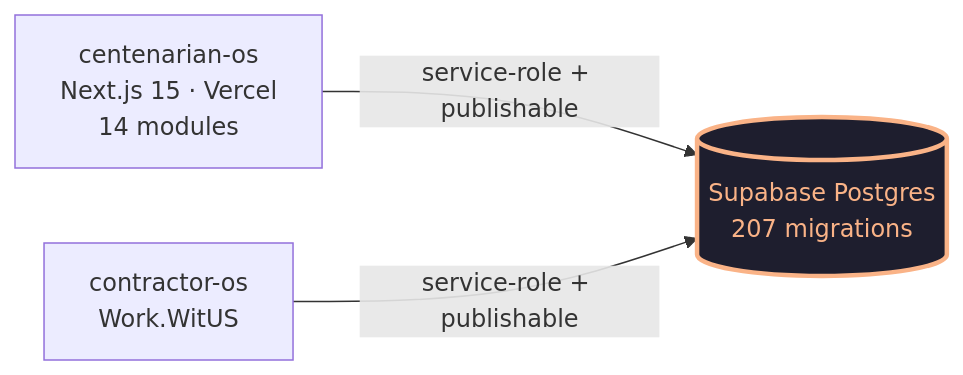
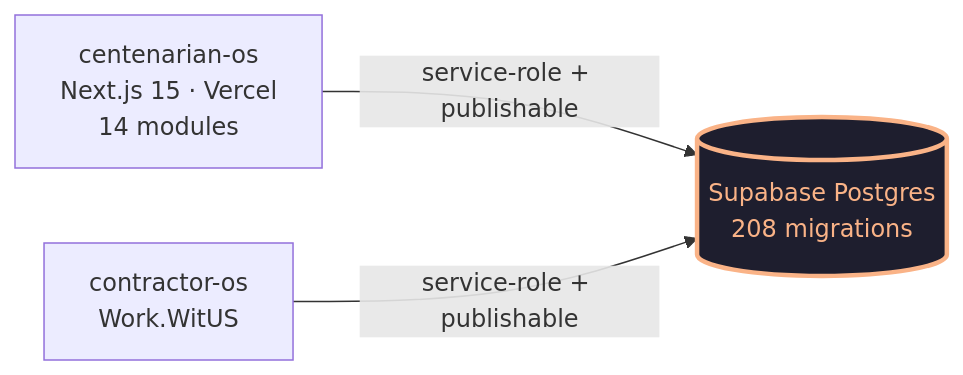
The diagram in README.md (dapperAuteur/centenarian-os), drawn with Mermaid before and after one commit. The commit also changed other lines of this file and 2 other files, not shown here.

````diff
--- a/README.md
+++ b/README.md
@@ -27,12 +27,12 @@
 ```mermaid
 flowchart LR
   classDef shared fill:#1e1e2e,stroke:#fab387,color:#fab387,stroke-width:3px
   classDef external fill:#11111b,stroke:#a6adc8,color:#a6adc8
 
   CentOS[centenarian-os<br/>Next.js 15 · Vercel<br/>14 modules]
   Contractor[contractor-os<br/>Work.WitUS]
-  DB[(Supabase Postgres<br/>207 migrations)]:::shared
+  DB[(Supabase Postgres<br/>208 migrations)]:::shared
 
   CentOS -->|service-role + publishable| DB
   Contractor -->|service-role + publishable| DB
 ```
````
